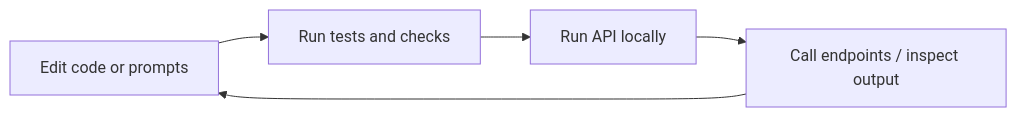
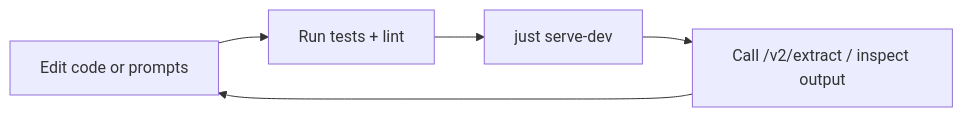
Before and after one commit to Imaging-Plaza/git-metadata-extractor: the diagram in docs/getting-started.md, drawn with Mermaid. The commit also changed other lines of this file and 227 other files, not shown here.

Commit message:
feat(RAGs): Enhance .env.example with detailed settings for SWISSUbase, RenkuLab, and EPFL Graph indices. Update AGENTS.md and justfile with new indexer commands and documentation for improved clarity and usability. Modify mkdocs.yml to reflect new documentation structure and sections.

````diff
--- a/docs/getting-started.md
+++ b/docs/getting-started.md
@@ -64,7 +159,7 @@
 ```mermaid
 flowchart LR
-    A[Edit code or prompts] --> B[Run tests and checks]
-    B --> C[Run API locally]
-    C --> D[Call endpoints / inspect output]
+    A[Edit code or prompts] --> B[Run tests + lint]
+    B --> C[just serve-dev]
+    C --> D[Call /v2/extract / inspect output]
     D --> A
 ```
````
